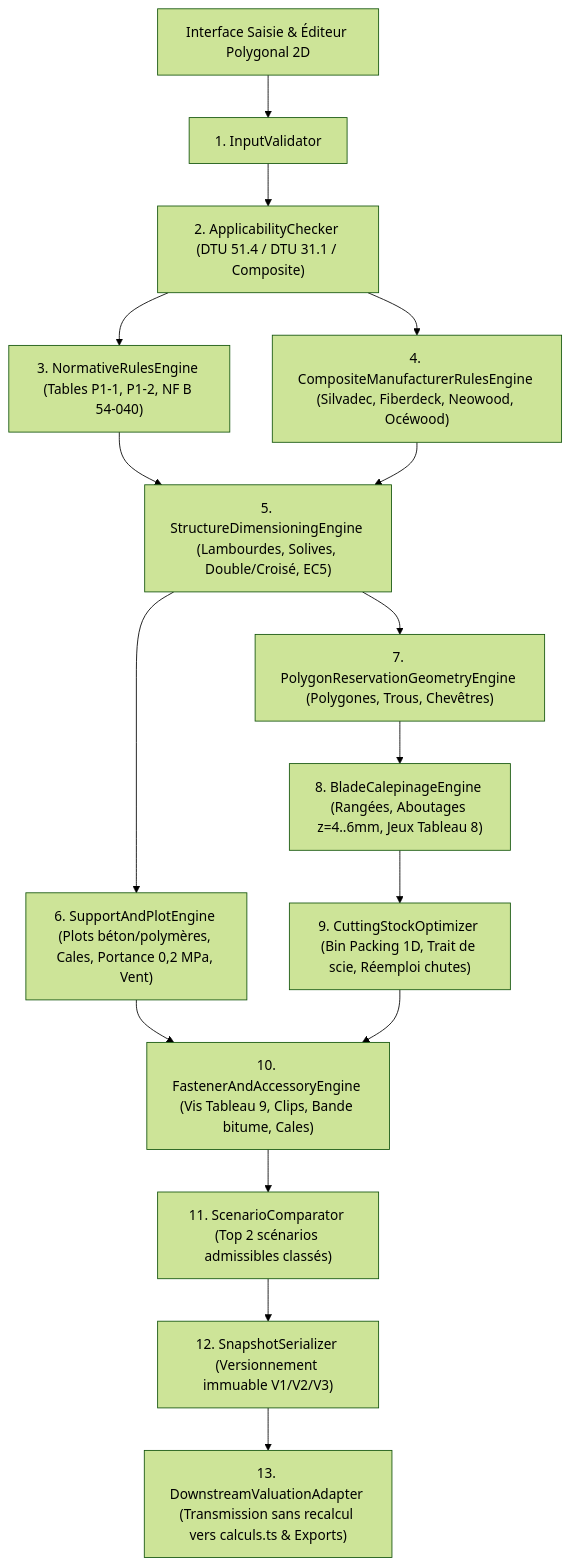
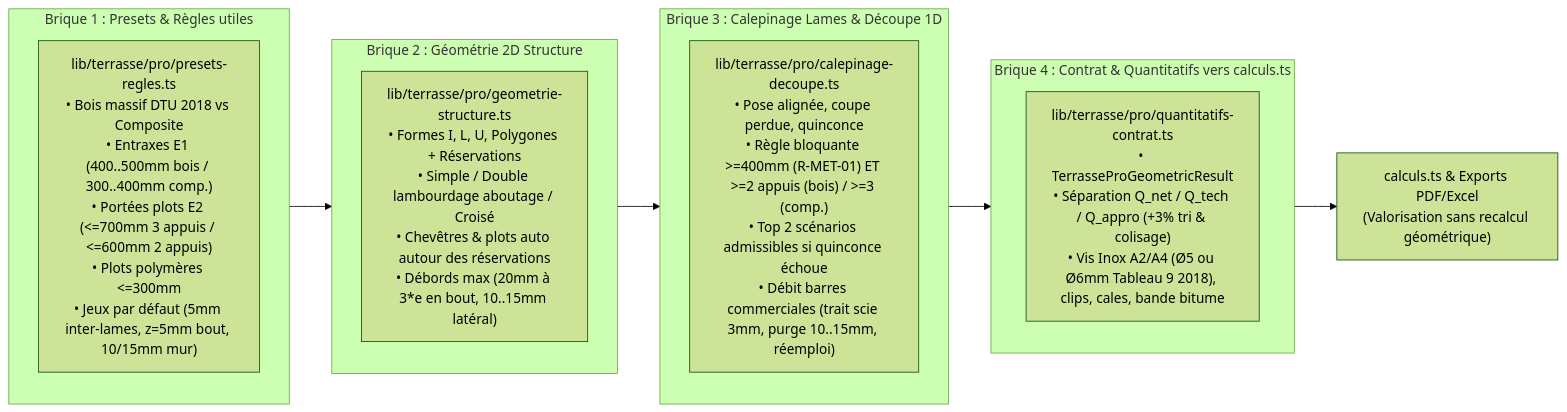
The diagram in dossier_technique_dtu_51_4_terrasse_pro.md (bnabardage33/bna-dashboard), drawn with Mermaid (forest theme) before and after one commit. The commit also changed other lines of this file, not shown here.

Commit message:
docs(terrasse-pro): recadrer sur §1-20 DTU 2018 et architecture allégée en 4 briques

````diff
--- a/dossier_technique_dtu_51_4_terrasse_pro.md
+++ b/dossier_technique_dtu_51_4_terrasse_pro.md
@@ -550,18 +508,20 @@
 ```mermaid
-flowchart TD
-    UI["Interface Saisie & Éditeur Polygonal 2D"] --> M1["1. InputValidator"]
-    M1 --> M2["2. ApplicabilityChecker (DTU 51.4 / DTU 31.1 / Composite)"]
-    M2 --> M3["3. NormativeRulesEngine (Tables P1-1, P1-2, NF B 54-040)"]
-    M2 --> M4["4. CompositeManufacturerRulesEngine (Silvadec, Fiberdeck, Neowood, Océwood)"]
-    M3 --> M5["5. StructureDimensioningEngine (Lambourdes, Solives, Double/Croisé, EC5)"]
-    M4 --> M5
-    M5 --> M6["6. SupportAndPlotEngine (Plots béton/polymères, Cales, Portance 0,2 MPa, Vent)"]
-    M5 --> M7["7. PolygonReservationGeometryEngine (Polygones, Trous, Chevêtres)"]
-    M7 --> M8["8. BladeCalepinageEngine (Rangées, Aboutages z=4..6mm, Jeux Tableau 8)"]
-    M8 --> M9["9. CuttingStockOptimizer (Bin Packing 1D, Trait de scie, Réemploi chutes)"]
-    M6 --> M10["10. FastenerAndAccessoryEngine (Vis Tableau 9, Clips, Bande bitume, Cales)"]
-    M9 --> M10
-    M10 --> M11["11. ScenarioComparator (Top 2 scénarios admissibles classés)"]
-    M11 --> M12["12. SnapshotSerializer (Versionnement immuable V1/V2/V3)"]
-    M12 --> M13["13. DownstreamValuationAdapter (Transmission sans recalcul vers calculs.ts & Exports)"]
+flowchart LR
+    subgraph B1 ["Brique 1 : Presets & Règles utiles"]
+        P1["lib/terrasse/pro/presets-regles.ts\n• Bois massif DTU 2018 vs Composite\n• Entraxes E1 (400..500mm bois / 300..400mm comp.)\n• Portées plots E2 (<=700mm 3 appuis / <=600mm 2 appuis)\n• Plots polymères <=300mm\n• Jeux par défaut (5mm inter-lames, z=5mm bout, 10/15mm mur)"]
+    end
+
+    subgraph B2 ["Brique 2 : Géométrie 2D Structure"]
+        P2["lib/terrasse/pro/geometrie-structure.ts\n• Formes I, L, U, Polygones + Réservations\n• Simple / Double lambourdage aboutage / Croisé\n• Chevêtres & plots auto autour des réservations\n• Débords max (20mm à 3*e en bout, 10..15mm latéral)"]
+    end
+
+    subgraph B3 ["Brique 3 : Calepinage Lames & Découpe 1D"]
+        P3["lib/terrasse/pro/calepinage-decoupe.ts\n• Pose alignée, coupe perdue, quinconce\n• Règle bloquante >=400mm (R-MET-01) ET >=2 appuis (bois) / >=3 (comp.)\n• Top 2 scénarios admissibles si quinconce échoue\n• Débit barres commerciales (trait scie 3mm, purge 10..15mm, réemploi)"]
+    end
+
+    subgraph B4 ["Brique 4 : Contrat & Quantitatifs vers calculs.ts"]
+        P4["lib/terrasse/pro/quantitatifs-contrat.ts\n• TerrasseProGeometricResult\n• Séparation Q_net / Q_tech / Q_appro (+3% tri & colisage)\n• Vis Inox A2/A4 (Ø5 ou Ø6mm Tableau 9 2018), clips, cales, bande bitume"]
+    end
+
+    B1 --> B2 --> B3 --> B4 --> AVAL["calculs.ts & Exports PDF/Excel\n(Valorisation sans recalcul géométrique)"]
 ```
````
